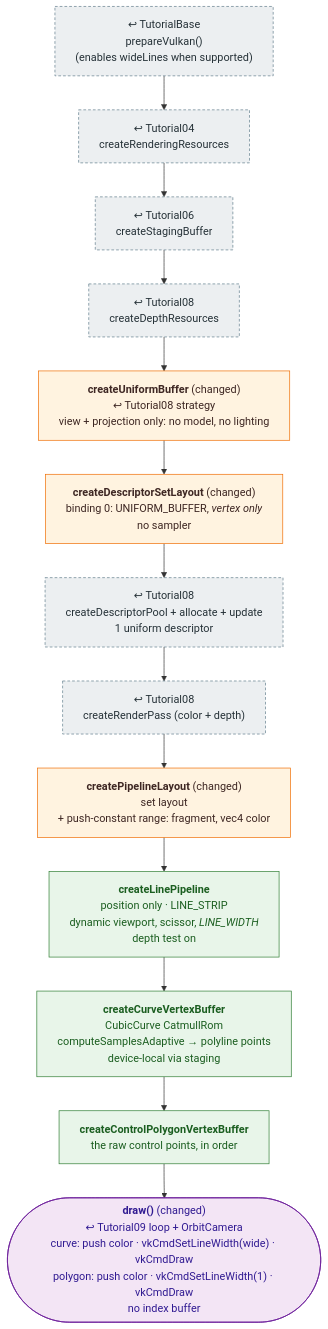
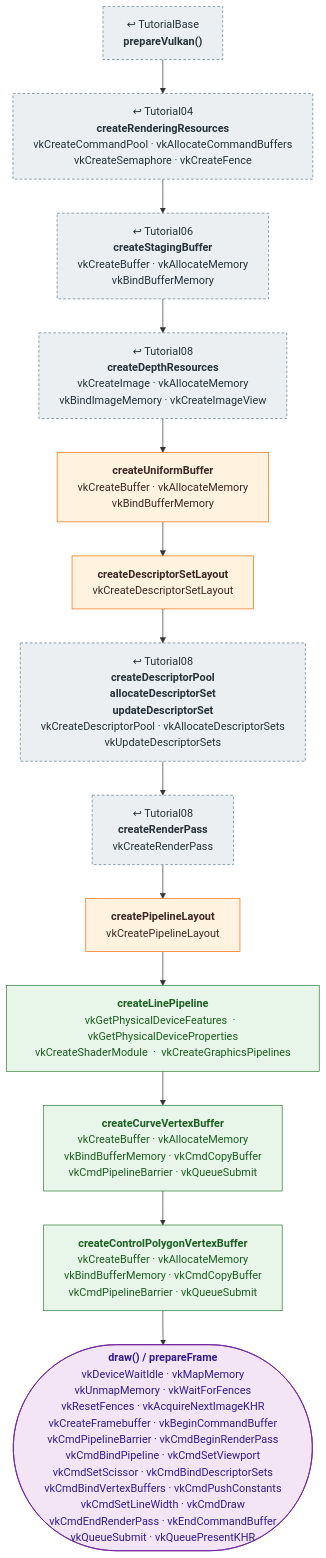
The diagram in docs/pipeline/10_spline_polyline.md (mehoggan/vulkan_graphix), drawn with Mermaid before and after one commit. The commit also changed other lines of this file and 24 other files, not shown here.

First line of the commit message:
docs: label pipeline boxes with the Vulkan calls each step makes

````diff
--- a/docs/pipeline/10_spline_polyline.md
+++ b/docs/pipeline/10_spline_polyline.md
@@ -12,24 +12,24 @@
 ```mermaid
 %%{init: {"flowchart": {"wrappingWidth": 400}}}%%
 flowchart TD
     classDef reused fill:#eceff1,stroke:#607d8b,stroke-dasharray:4 3,color:#263238
     classDef changed fill:#fff3e0,stroke:#ef6c00,color:#3e2723
     classDef new fill:#e8f5e9,stroke:#2e7d32,color:#1b5e20
     classDef frame fill:#f3e5f5,stroke:#6a1b9a,color:#311b92
 
-    BASE["↩ TutorialBase<br/>prepareVulkan()<br/>(enables wideLines when supported)"]:::reused
-    RR["↩ Tutorial04<br/>createRenderingResources"]:::reused
-    STG["↩ Tutorial06<br/>createStagingBuffer"]:::reused
-    DEPTH["↩ Tutorial08<br/>createDepthResources"]:::reused
-    UBO["<b>createUniformBuffer</b> (changed)<br/>↩ Tutorial08 strategy<br/>view + projection only: no model, no lighting"]:::changed
-    DSL["<b>createDescriptorSetLayout</b> (changed)<br/>binding 0: UNIFORM_BUFFER, <i>vertex only</i><br/>no sampler"]:::changed
-    POOL["↩ Tutorial08<br/>createDescriptorPool + allocate + update<br/>1 uniform descriptor"]:::reused
-    RP["↩ Tutorial08<br/>createRenderPass (color + depth)"]:::reused
-    PLL["<b>createPipelineLayout</b> (changed)<br/>set layout<br/>+ push-constant range: fragment, vec4 color"]:::changed
-    PIPE["<b>createLinePipeline</b><br/>position only · LINE_STRIP<br/>dynamic viewport, scissor, <i>LINE_WIDTH</i><br/>depth test on"]:::new
-    CVB["<b>createCurveVertexBuffer</b><br/>CubicCurve CatmullRom<br/>computeSamplesAdaptive → polyline points<br/>device-local via staging"]:::new
-    PVB["<b>createControlPolygonVertexBuffer</b><br/>the raw control points, in order"]:::new
-    DRAW(["<b>draw()</b> (changed)<br/>↩ Tutorial09 loop + OrbitCamera<br/>curve: push color · vkCmdSetLineWidth(wide) · vkCmdDraw<br/>polygon: push color · vkCmdSetLineWidth(1) · vkCmdDraw<br/>no index buffer"]):::frame
+    BASE["↩ TutorialBase<br/><b>prepareVulkan()</b>"]:::reused
+    RR["↩ Tutorial04<br/><b>createRenderingResources</b><br/>vkCreateCommandPool  ·  vkAllocateCommandBuffers<br/>vkCreateSemaphore  ·  vkCreateFence"]:::reused
+    STG["↩ Tutorial06<br/><b>createStagingBuffer</b><br/>vkCreateBuffer  ·  vkAllocateMemory<br/>vkBindBufferMemory"]:::reused
+    DEPTH["↩ Tutorial08<br/><b>createDepthResources</b><br/>vkCreateImage  ·  vkAllocateMemory<br/>vkBindImageMemory  ·  vkCreateImageView"]:::reused
+    UBO["<b>createUniformBuffer</b><br/>vkCreateBuffer  ·  vkAllocateMemory<br/>vkBindBufferMemory"]:::changed
+    DSL["<b>createDescriptorSetLayout</b><br/>vkCreateDescriptorSetLayout"]:::changed
+    POOL["↩ Tutorial08<br/><b>createDescriptorPool</b><br/><b>allocateDescriptorSet</b><br/><b>updateDescriptorSet</b><br/>vkCreateDescriptorPool  ·  vkAllocateDescriptorSets<br/>vkUpdateDescriptorSets"]:::reused
+    RP["↩ Tutorial08<br/><b>createRenderPass</b><br/>vkCreateRenderPass"]:::reused
+    PLL["<b>createPipelineLayout</b><br/>vkCreatePipelineLayout"]:::changed
+    PIPE["<b>createLinePipeline</b><br/>vkGetPhysicalDeviceFeatures  ·  vkGetPhysicalDeviceProperties<br/>vkCreateShaderModule  ·  vkCreateGraphicsPipelines"]:::new
+    CVB["<b>createCurveVertexBuffer</b><br/>vkCreateBuffer  ·  vkAllocateMemory<br/>vkBindBufferMemory  ·  vkCmdCopyBuffer<br/>vkCmdPipelineBarrier  ·  vkQueueSubmit"]:::new
+    PVB["<b>createControlPolygonVertexBuffer</b><br/>vkCreateBuffer  ·  vkAllocateMemory<br/>vkBindBufferMemory  ·  vkCmdCopyBuffer<br/>vkCmdPipelineBarrier  ·  vkQueueSubmit"]:::new
+    DRAW(["<b>draw() / prepareFrame</b><br/>vkDeviceWaitIdle  ·  vkMapMemory<br/>vkUnmapMemory  ·  vkWaitForFences<br/>vkResetFences  ·  vkAcquireNextImageKHR<br/>vkCreateFramebuffer  ·  vkBeginCommandBuffer<br/>vkCmdPipelineBarrier  ·  vkCmdBeginRenderPass<br/>vkCmdBindPipeline  ·  vkCmdSetViewport<br/>vkCmdSetScissor  ·  vkCmdBindDescriptorSets<br/>vkCmdBindVertexBuffers  ·  vkCmdPushConstants<br/>vkCmdSetLineWidth  ·  vkCmdDraw<br/>vkCmdEndRenderPass  ·  vkEndCommandBuffer<br/>vkQueueSubmit  ·  vkQueuePresentKHR"]):::frame
 
     BASE --> RR --> STG --> DEPTH --> UBO --> DSL --> POOL --> RP --> PLL --> PIPE --> CVB --> PVB --> DRAW
 ```
````
